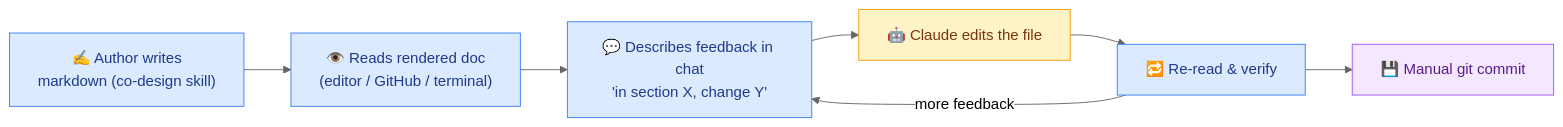
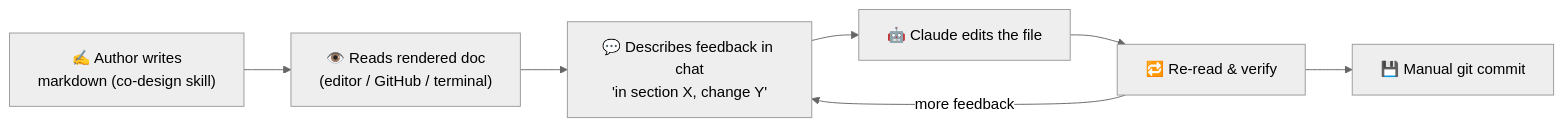
One commit to omars-lab/omars-lab.github.io changed the third of 15 diagrams in bytesofpurpose-blog/designs/2026-06-22-markdown-review-studio.mdx. Above: the diagram before and after it, drawn with Mermaid (neutral theme). The commit also changed other lines of this file and 6 other files, not shown here.

First line of the commit message:
feat(designs): on-brand mermaid theme + dark-mode-adaptive diagrams

````diff
--- a/bytesofpurpose-blog/designs/2026-06-22-markdown-review-studio.mdx
+++ b/bytesofpurpose-blog/designs/2026-06-22-markdown-review-studio.mdx
@@ -289,16 +275,10 @@
 ```mermaid
 graph LR
     A["✍️ Author writes<br/>markdown (co-design skill)"] --> B["👁️ Reads rendered doc<br/>(editor / GitHub / terminal)"]
     B --> C["💬 Describes feedback in chat<br/>'in section X, change Y'"]
     C --> D["🤖 Claude edits the file"]
     D --> E["🔁 Re-read & verify"]
     E -->|"more feedback"| C
     E --> F["💾 Manual git commit"]
 
-    classDef author fill:#dbeafe,stroke:#3b82f6,color:#1e3a8a
-    classDef agent fill:#fef3c7,stroke:#f59e0b,color:#78350f
-    classDef store fill:#f3e8ff,stroke:#a855f7,color:#581c87
-    class A,B,C,E author
-    class D agent
-    class F store
 ```
````
